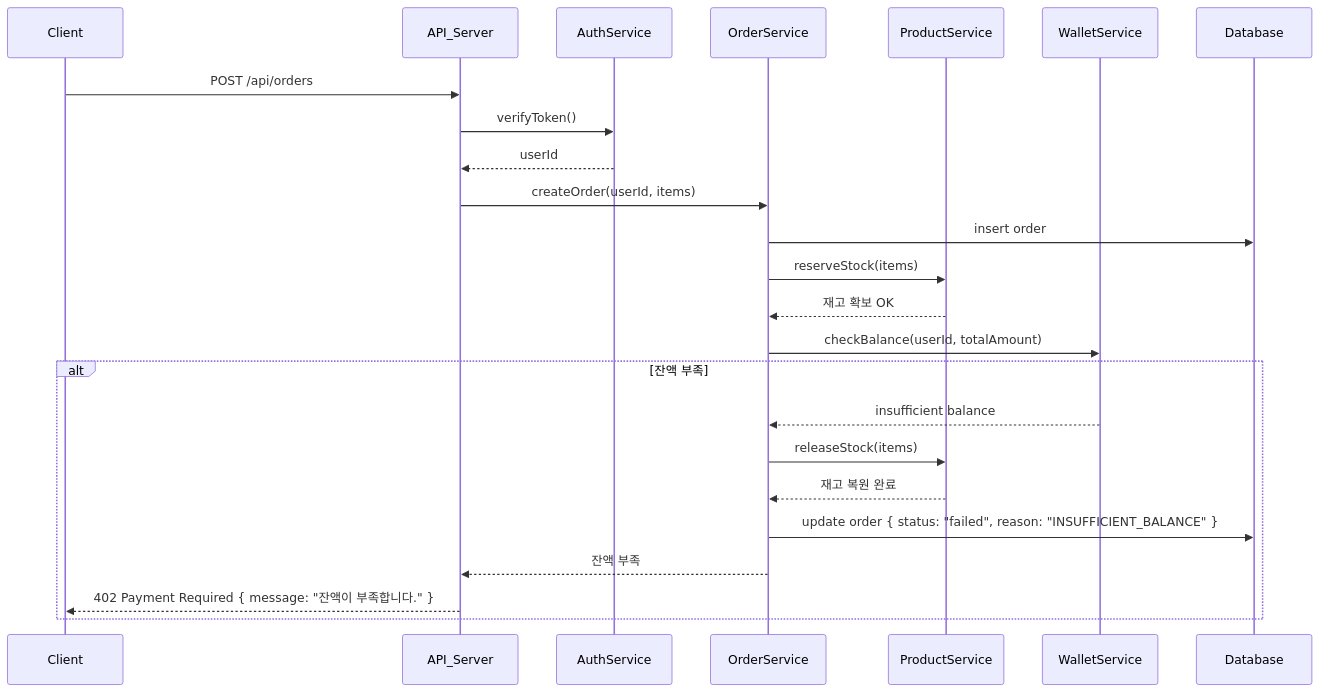
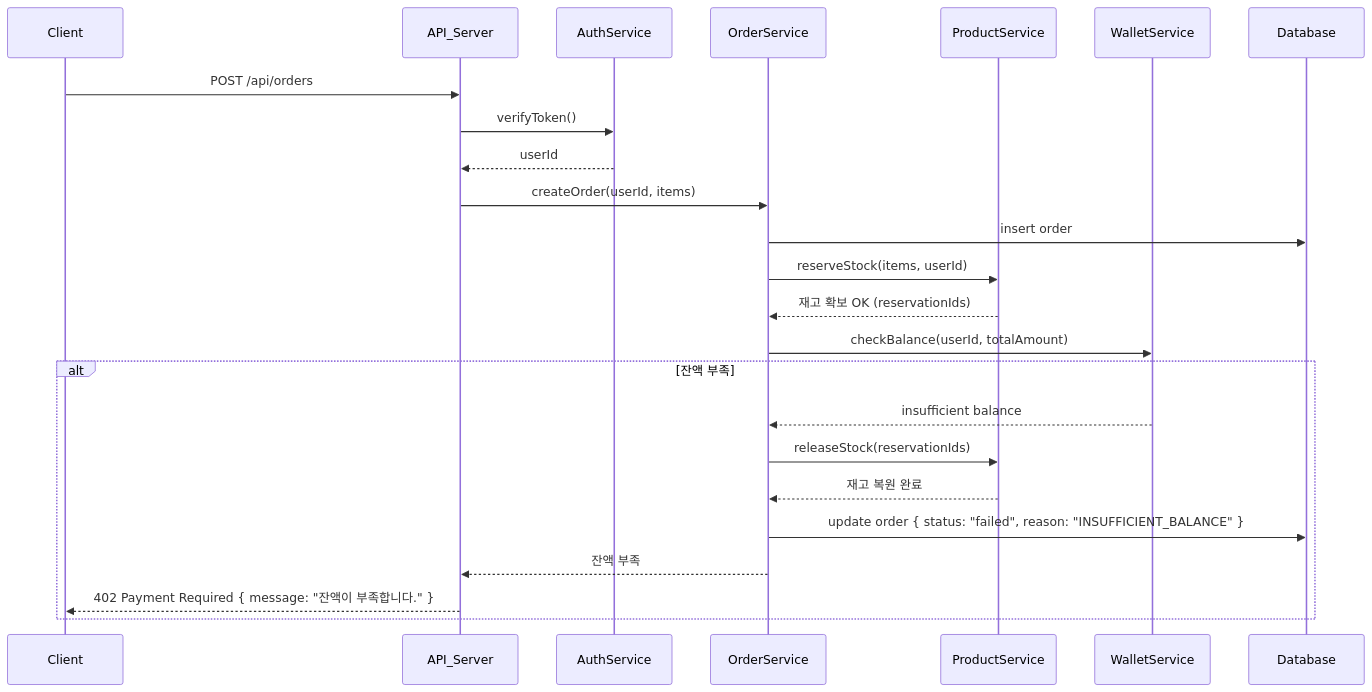
One commit to seho0808/hh-9-be-2 changed the second of 5 diagrams in docs/04-sequence-diagrams/04-order.md. Above: the diagram before and after it, drawn with Mermaid. The commit also changed other lines of this file and 2 other files, not shown here.

First line of the commit message:
docs: 재고 reserve/release 구현 문서화

````diff
--- a/docs/04-sequence-diagrams/04-order.md
+++ b/docs/04-sequence-diagrams/04-order.md
@@ -62,38 +62,38 @@
 ```mermaid
 sequenceDiagram
     participant Client
     participant API_Server
     participant AuthService
     participant OrderService
     participant ProductService
     participant WalletService
 
     Client->>API_Server: POST /api/orders
     API_Server->>AuthService: verifyToken()
     AuthService-->>API_Server: userId
 
     API_Server->>OrderService: createOrder(userId, items)
     OrderService->>Database: insert order
 
     %% 1. 재고 확보
-    OrderService->>ProductService: reserveStock(items)
-    ProductService-->>OrderService: 재고 확보 OK
+    OrderService->>ProductService: reserveStock(items, userId)
+    ProductService-->>OrderService: 재고 확보 OK (reservationIds)
 
     %% 2. 잔액 확인
     OrderService->>WalletService: checkBalance(userId, totalAmount)
 
     alt 잔액 부족
         WalletService-->>OrderService: insufficient balance
 
         %% 3. 확보한 재고 복구
-        OrderService->>ProductService: releaseStock(items)
+        OrderService->>ProductService: releaseStock(reservationIds)
         ProductService-->>OrderService: 재고 복원 완료
 
         %% 4. 주문 상태 업데이트 (실패 처리)
         OrderService->>Database: update order { status: "failed", reason: "INSUFFICIENT_BALANCE" }
 
         %% 5. 클라이언트에 실패 응답
         OrderService-->>API_Server: 잔액 부족
         API_Server-->>Client: 402 Payment Required { message: "잔액이 부족합니다." }
     end
 ```
````
